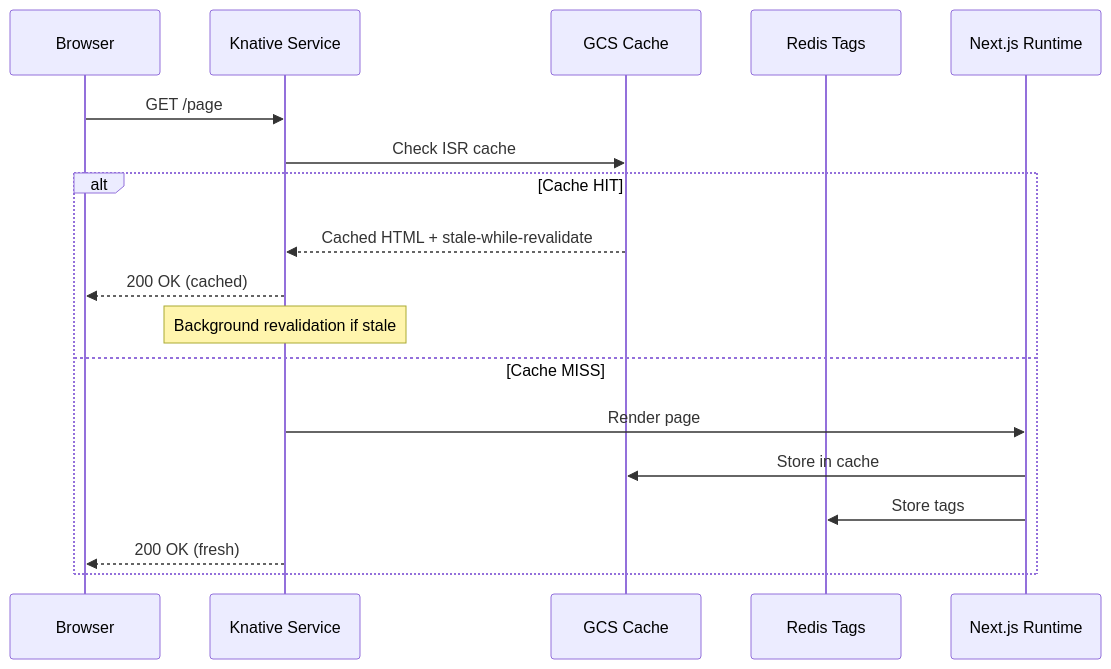
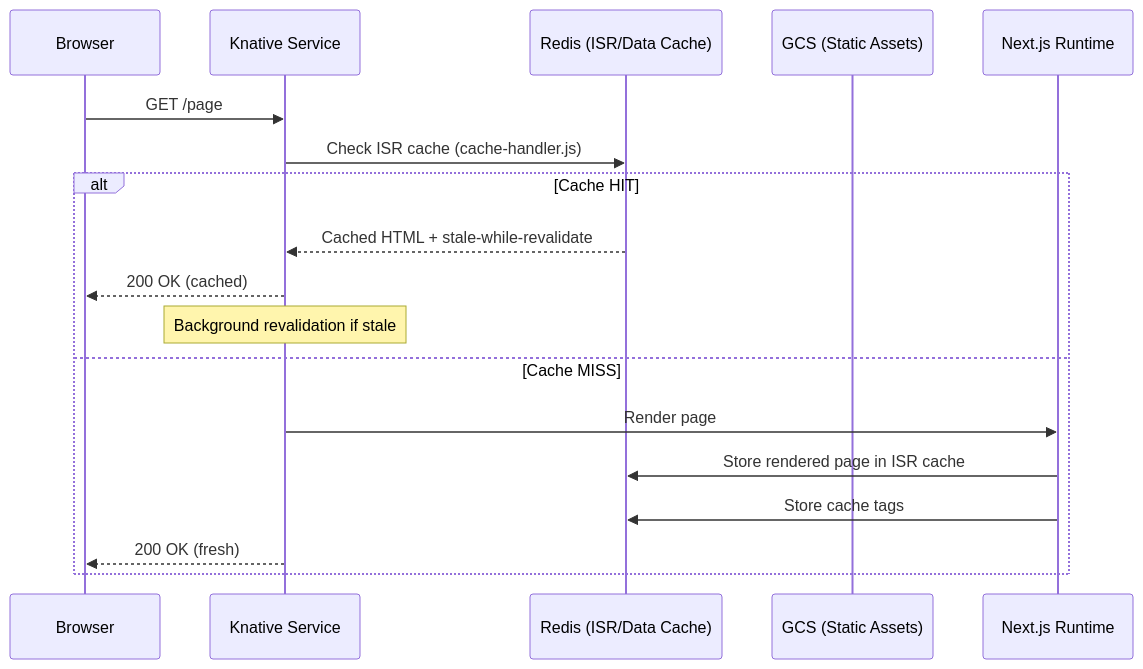
One commit to getknext-dev/knext changed the second of 5 diagrams in docs/ARCHITECTURE.md. Above: the diagram before and after it, drawn with Mermaid. The commit also changed other lines of this file and 3 other files, not shown here.

````diff
--- a/docs/ARCHITECTURE.md
+++ b/docs/ARCHITECTURE.md
@@ -98,22 +98,22 @@
 ```mermaid
 sequenceDiagram
     participant Browser
     participant Knative as Knative Service
-    participant GCS as GCS Cache
-    participant Redis as Redis Tags
+    participant Redis as Redis (ISR/Data Cache)
+    participant GCS as GCS (Static Assets)
     participant Next as Next.js Runtime
-    
+
     Browser->>Knative: GET /page
-    Knative->>GCS: Check ISR cache
-    
+    Knative->>Redis: Check ISR cache (cache-handler.js)
+
     alt Cache HIT
-        GCS-->>Knative: Cached HTML + stale-while-revalidate
+        Redis-->>Knative: Cached HTML + stale-while-revalidate
         Knative-->>Browser: 200 OK (cached)
         Note over Knative: Background revalidation if stale
     else Cache MISS
         Knative->>Next: Render page
-        Next->>GCS: Store in cache
-        Next->>Redis: Store tags
+        Next->>Redis: Store rendered page in ISR cache
+        Next->>Redis: Store cache tags
         Knative-->>Browser: 200 OK (fresh)
     end
 ```
````
